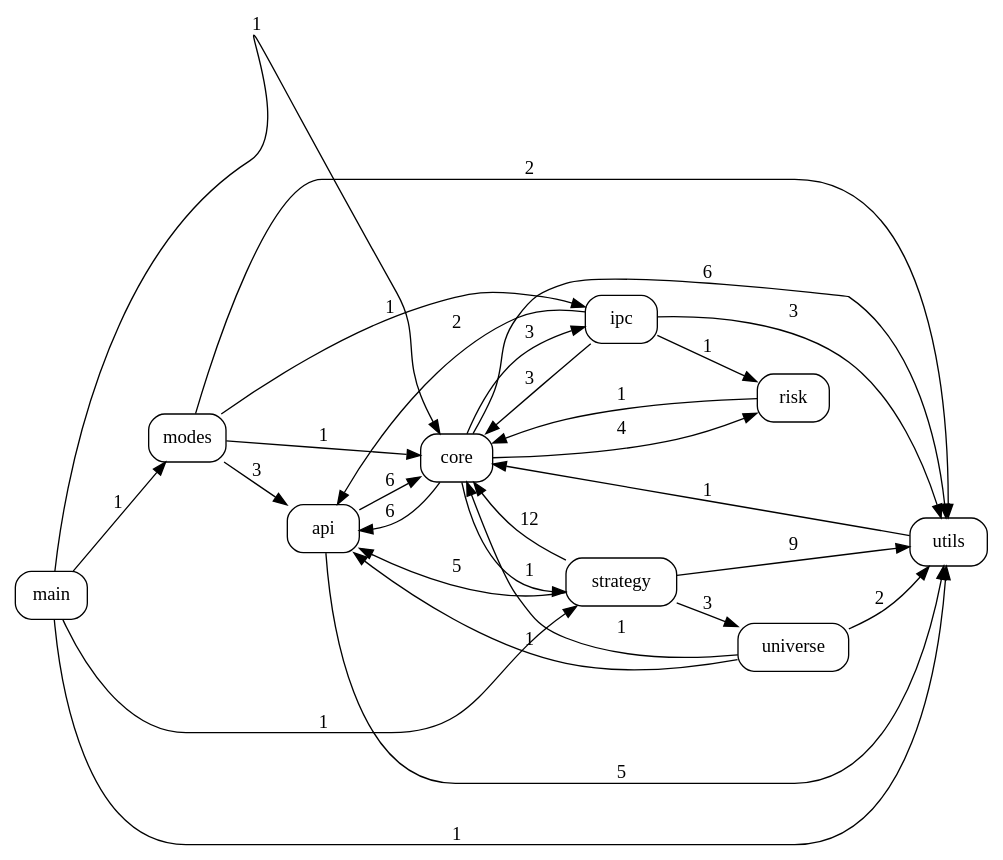
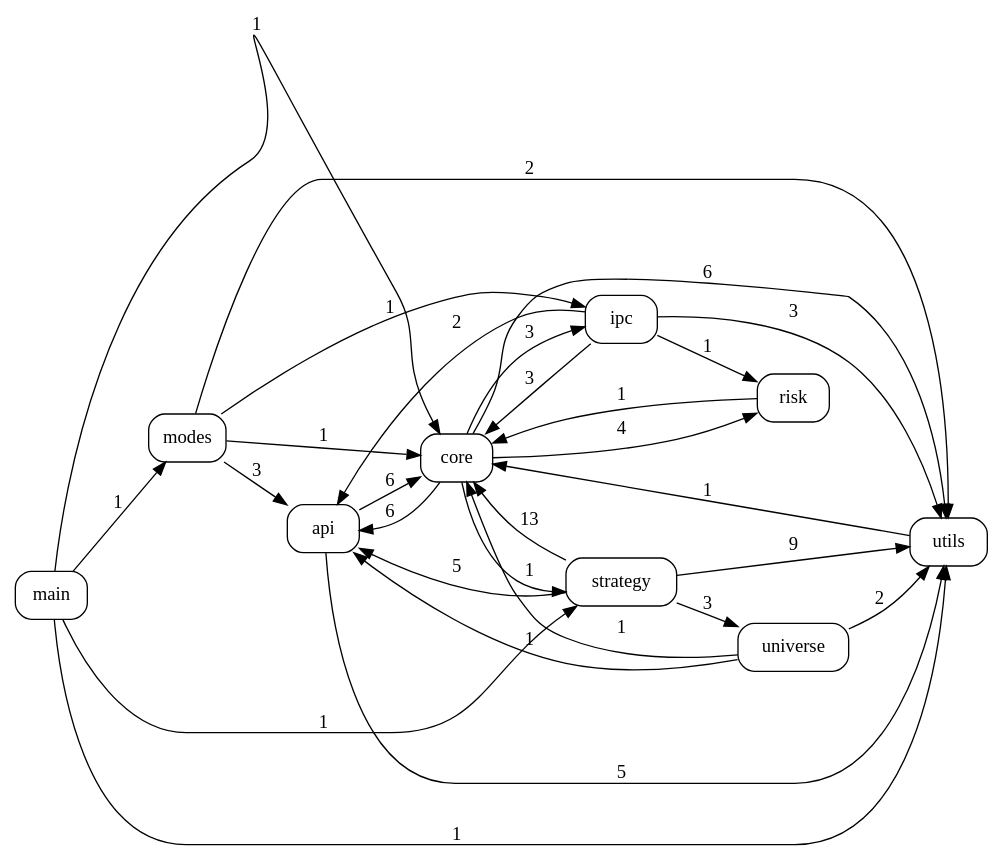
Before and after one commit to pypy8171/Quant: the diagram in docs/code_graph.dot, drawn with Graphviz. The commit also changed 8 other files, not shown here.

```diff
--- a/docs/code_graph.dot
+++ b/docs/code_graph.dot
@@ -1,41 +1,41 @@
 digraph code_graph {
   rankdir=LR;
   node [shape=box, style=rounded, fontname="Consolas"];
   "api";
   "core";
   "ipc";
   "main";
   "modes";
   "risk";
   "strategy";
   "universe";
   "utils";
   "api" -> "core" [label="6"];
   "api" -> "utils" [label="5"];
   "core" -> "api" [label="6"];
   "core" -> "ipc" [label="3"];
   "core" -> "risk" [label="4"];
   "core" -> "strategy" [label="1"];
   "core" -> "utils" [label="6"];
   "ipc" -> "api" [label="2"];
   "ipc" -> "core" [label="3"];
   "ipc" -> "risk" [label="1"];
   "ipc" -> "utils" [label="3"];
   "main" -> "core" [label="1"];
   "main" -> "modes" [label="1"];
   "main" -> "strategy" [label="1"];
   "main" -> "utils" [label="1"];
   "modes" -> "api" [label="3"];
   "modes" -> "core" [label="1"];
   "modes" -> "ipc" [label="1"];
   "modes" -> "utils" [label="2"];
   "risk" -> "core" [label="1"];
   "strategy" -> "api" [label="5"];
-  "strategy" -> "core" [label="12"];
+  "strategy" -> "core" [label="13"];
   "strategy" -> "universe" [label="3"];
   "strategy" -> "utils" [label="9"];
   "universe" -> "api" [label="1"];
   "universe" -> "core" [label="1"];
   "universe" -> "utils" [label="2"];
   "utils" -> "core" [label="1"];
 }
```
